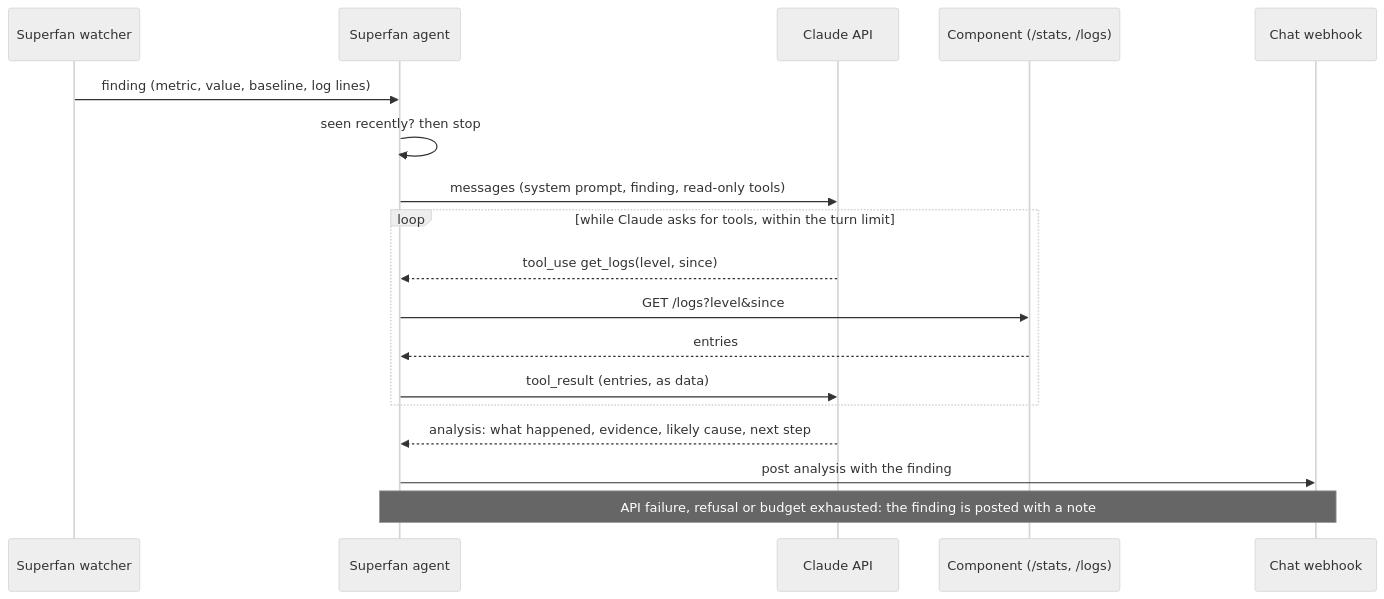
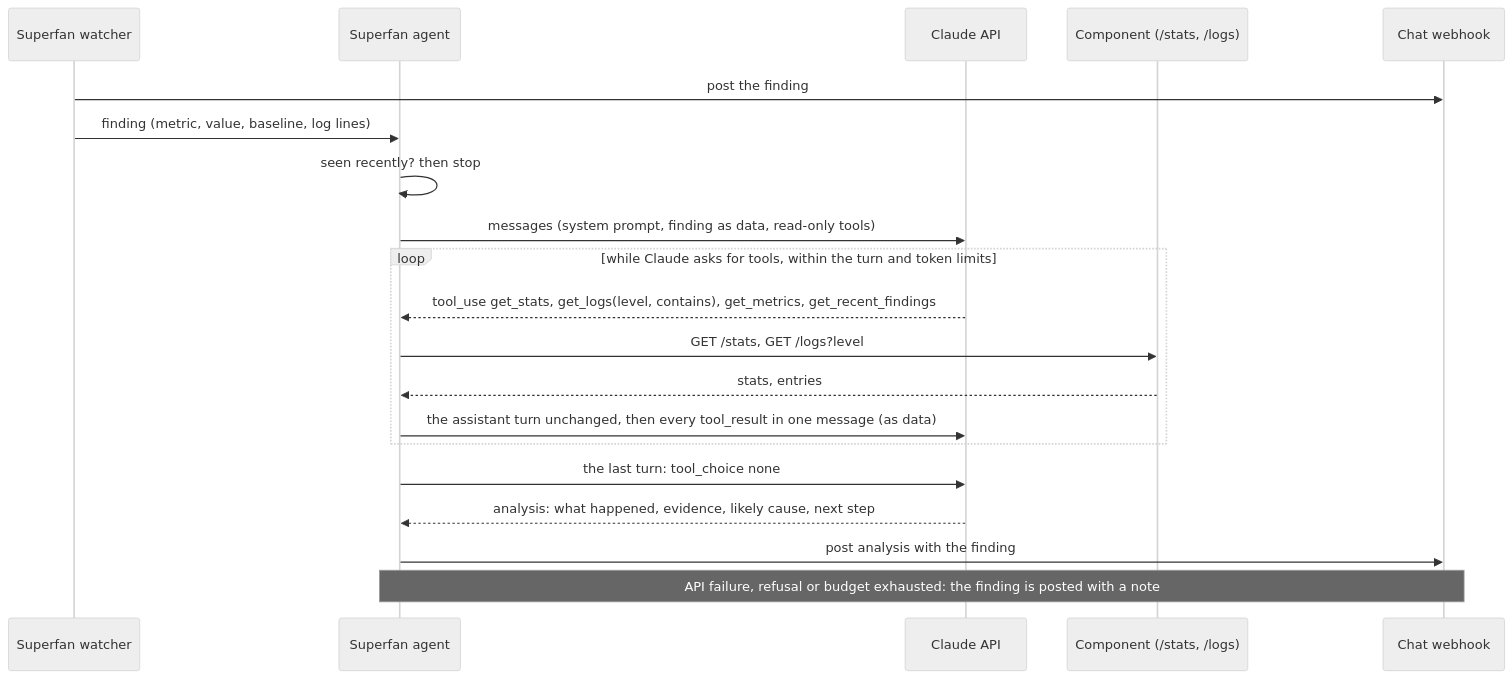
Before and after one commit to Space-Trucker/AIresume: diagram 18 of 28 in scion/docs/design/06-uml.md, drawn with Mermaid (neutral theme). The commit also changed other lines of this file and 27 other files, not shown here.

````diff
--- a/scion/docs/design/06-uml.md
+++ b/scion/docs/design/06-uml.md
@@ -883,20 +882,22 @@
 ```mermaid
 sequenceDiagram
   participant W as Superfan watcher
   participant A as Superfan agent
   participant C as Claude API
   participant X as Component (/stats, /logs)
   participant K as Chat webhook
+  W->>K: post the finding
   W->>A: finding (metric, value, baseline, log lines)
   A->>A: seen recently? then stop
-  A->>C: messages (system prompt, finding, read-only tools)
-  loop while Claude asks for tools, within the turn limit
-    C-->>A: tool_use get_logs(level, since)
-    A->>X: GET /logs?level&since
-    X-->>A: entries
-    A->>C: tool_result (entries, as data)
+  A->>C: messages (system prompt, finding as data, read-only tools)
+  loop while Claude asks for tools, within the turn and token limits
+    C-->>A: tool_use get_stats, get_logs(level, contains), get_metrics, get_recent_findings
+    A->>X: GET /stats, GET /logs?level
+    X-->>A: stats, entries
+    A->>C: the assistant turn unchanged, then every tool_result in one message (as data)
   end
+  A->>C: the last turn: tool_choice none
   C-->>A: analysis: what happened, evidence, likely cause, next step
   A->>K: post analysis with the finding
   Note over A,K: API failure, refusal or budget exhausted: the finding is posted with a note
 ```
````
